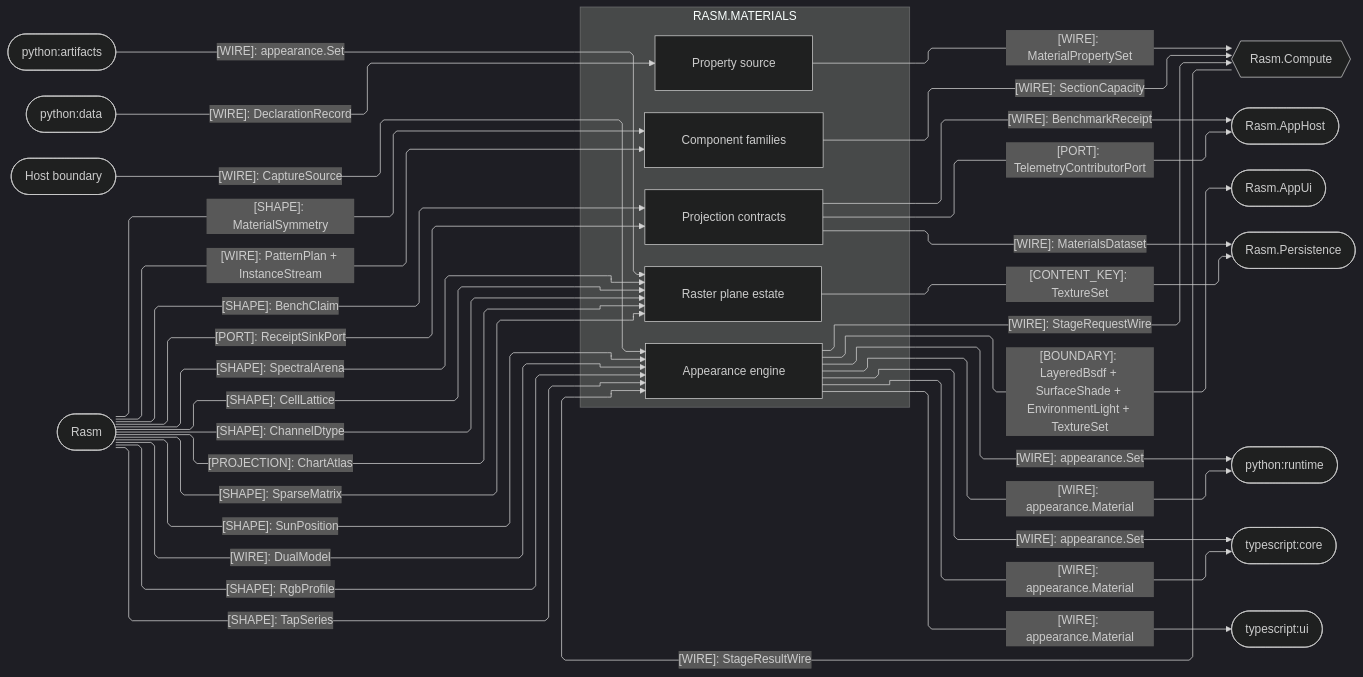
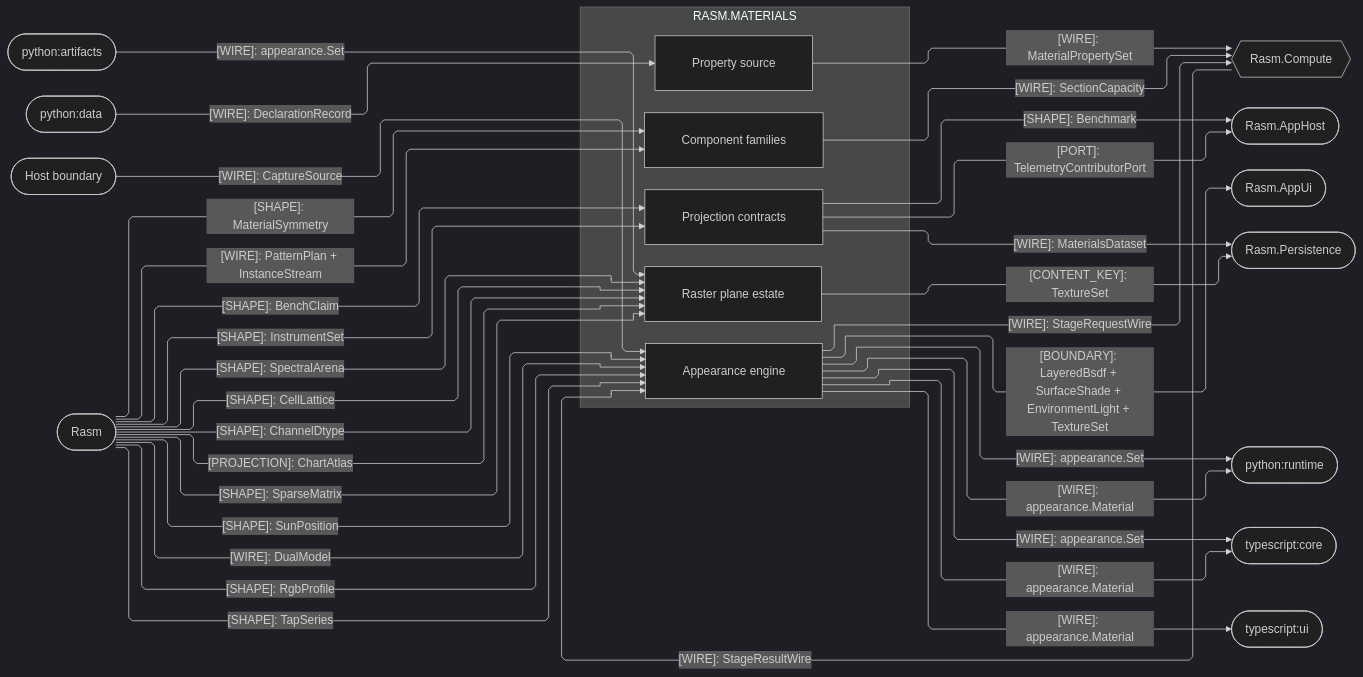
The third of 5 diagrams in libs/dotnet/Rasm.Materials/ARCHITECTURE.md (bsamiee/Rasm), drawn with Mermaid (dark theme) before and after one commit. The commit also changed other lines of this file and 1417 other files, not shown here.

````diff
--- a/libs/dotnet/Rasm.Materials/ARCHITECTURE.md
+++ b/libs/dotnet/Rasm.Materials/ARCHITECTURE.md
@@ -152,60 +152,60 @@
 ```mermaid
 ---
 config:
   layout: elk
   flowchart:
     curve: linear
     padding: 25
 ---
 flowchart LR
     accTitle: Materials platform, compute, and cross-runtime seams
     accDescr: Which capacity, appearance, telemetry, and analytics contracts cross between Materials and the platform, host, and peer runtimes.
     subgraph materials[RASM.MATERIALS]
         Component[Component families]
         Properties[Property source]
         Appearance[Appearance engine]
         Raster[Raster plane estate]
         Projection[Projection contracts]
     end
     Compute{{Rasm.Compute}}
     AppHost([Rasm.AppHost])
     AppUi([Rasm.AppUi])
     Persistence([Rasm.Persistence])
     PyArtifacts([python:artifacts])
     PyData([python:data])
     PyRuntime([python:runtime])
     Core([typescript:core])
     Ui([typescript:ui])
     Host([Host boundary])
     Rasm([Rasm])
     Rasm e1@-->|"[SHAPE]: SunPosition"| Appearance
     Rasm e2@-->|"[SHAPE]: SpectralArena"| Raster
     Rasm e3@-->|"[SHAPE]: CellLattice"| Raster
     Rasm e4@-->|"[SHAPE]: ChannelDtype"| Raster
     Rasm e5@-->|"[PROJECTION]: ChartAtlas"| Raster
     Rasm e6@-->|"[WIRE]: DualModel"| Appearance
     Rasm e7@-->|"[WIRE]: PatternPlan + InstanceStream"| Component
     Rasm e8@-->|"[SHAPE]: MaterialSymmetry"| Component
     Rasm e9@-->|"[SHAPE]: RgbProfile"| Appearance
     Rasm e10@-->|"[SHAPE]: TapSeries"| Appearance
     Rasm e11@-->|"[SHAPE]: SparseMatrix"| Raster
-    Rasm e12@-->|"[PORT]: ReceiptSinkPort"| Projection
+    Rasm e12@-->|"[SHAPE]: InstrumentSet"| Projection
     Rasm e13@-->|"[SHAPE]: BenchClaim"| Projection
     Component e14@-->|"[WIRE]: SectionCapacity"| Compute
     Properties e15@-->|"[WIRE]: MaterialPropertySet"| Compute
     Appearance e16@-->|"[WIRE]: StageRequestWire"| Compute
     Compute e17@-->|"[WIRE]: StageResultWire"| Appearance
     Appearance e18@-->|"[BOUNDARY]: LayeredBsdf + SurfaceShade + EnvironmentLight + TextureSet"| AppUi
     Appearance e19@-->|"[WIRE]: appearance.Material"| Core
     Appearance e20@-->|"[WIRE]: appearance.Material"| PyRuntime
     Appearance e21@-->|"[WIRE]: appearance.Set"| Core
     Appearance e22@-->|"[WIRE]: appearance.Set"| PyRuntime
     Appearance e23@-->|"[WIRE]: appearance.Material"| Ui
     PyArtifacts e24@-->|"[WIRE]: appearance.Set"| Raster
     PyData e25@-->|"[WIRE]: DeclarationRecord"| Properties
     Host e26@-->|"[WIRE]: CaptureSource"| Appearance
     Projection e27@-->|"[PORT]: TelemetryContributorPort"| AppHost
-    Projection e28@-->|"[WIRE]: BenchmarkReceipt"| AppHost
+    Projection e28@-->|"[SHAPE]: Benchmark"| AppHost
     Projection e29@-->|"[WIRE]: MaterialsDataset"| Persistence
     Raster e30@-->|"[CONTENT_KEY]: TextureSet"| Persistence
 ```
````
